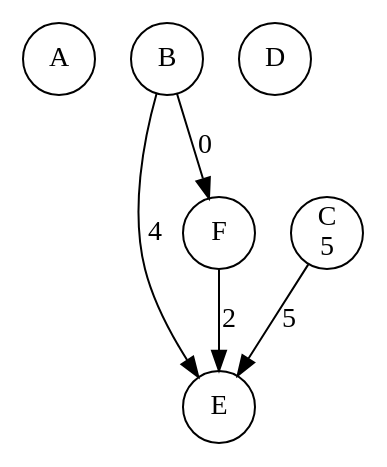
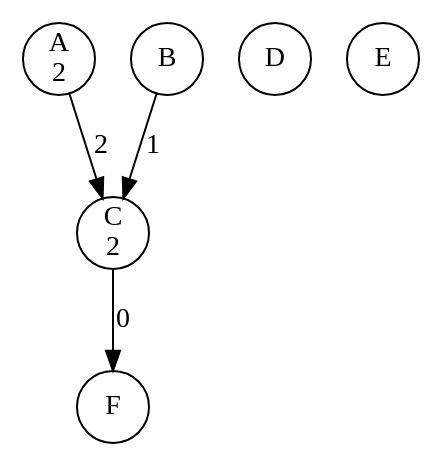
The diagram in concurrency-lab-2/bank/out/0000000004.gv (li23179/GO), drawn with Graphviz before and after one commit. The commit also changed 148 other files, not shown here.

```diff
--- a/concurrency-lab-2/bank/out/0000000004.gv
+++ b/concurrency-lab-2/bank/out/0000000004.gv
@@ -1,12 +1,11 @@
 digraph bank {
-	 0 [label= "A\n" , pos= "1,0!" , shape=circle, fixedsize=true, width=0.5 ]
+	 0 [label= "A\n2" , pos= "1,0!" , shape=circle, fixedsize=true, width=0.5 ]
 	 1 [label= "B\n" , pos= "0,1!" , shape=circle, fixedsize=true, width=0.5 ]
-	 2 [label= "C\n5" , pos= "1,2!" , shape=circle, fixedsize=true, width=0.5 ]
+	 2 [label= "C\n2" , pos= "1,2!" , shape=circle, fixedsize=true, width=0.5 ]
 	 3 [label= "D\n" , pos= "2,2!" , shape=circle, fixedsize=true, width=0.5 ]
 	 4 [label= "E\n" , pos= "3,1!" , shape=circle, fixedsize=true, width=0.5 ]
 	 5 [label= "F\n" , pos= "2,0!" , shape=circle, fixedsize=true, width=0.5 ]
-	 "2" -> "4" [label= "5" ]
-	 "1" -> "5" [label= "0" ]
-	 "1" -> "4" [label= "4" ]
-	 "5" -> "4" [label= "2" ]
+	 "0" -> "2" [label= "2" ]
+	 "1" -> "2" [label= "1" ]
+	 "2" -> "5" [label= "0" ]
 }
```
